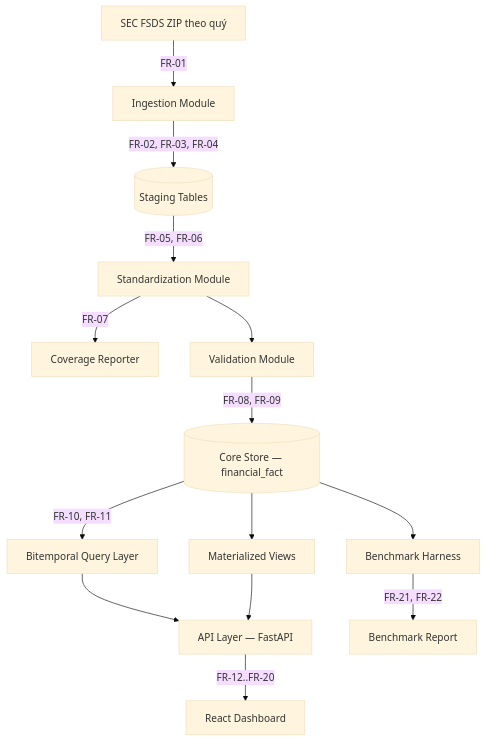
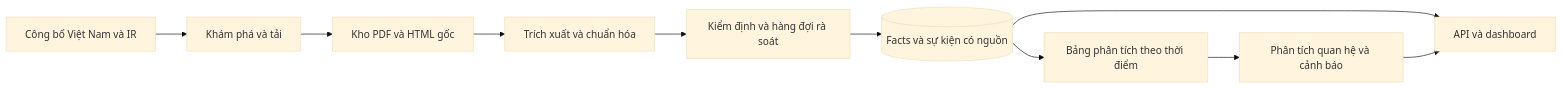
Before and after one commit to tr1tonzzz/financial-platform: the diagram in docs/initial-docs/SDD-FDP-01.md, drawn with Mermaid (base theme). The commit also changed other lines of this file and 241 other files, not shown here.

````diff
--- a/docs/initial-docs/SDD-FDP-01.md
+++ b/docs/initial-docs/SDD-FDP-01.md
@@ -35,16 +13,12 @@
 ```mermaid
-flowchart TD
-    A[SEC FSDS ZIP theo quý] -->|FR-01| B[Ingestion Module]
-    B -->|FR-02, FR-03, FR-04| C[(Staging Tables)]
-    C -->|FR-05, FR-06| D[Standardization Module]
-    D -->|FR-07| E[Coverage Reporter]
-    D --> F[Validation Module]
-    F -->|FR-08, FR-09| G[(Core Store — financial_fact)]
-    G -->|FR-10, FR-11| H[Bitemporal Query Layer]
-    G --> I[Materialized Views]
-    H --> J[API Layer — FastAPI]
-    I --> J
-    J -->|FR-12..FR-20| K[React Dashboard]
-    G --> L[Benchmark Harness]
-    L -->|FR-21, FR-22| M[Benchmark Report]
+flowchart LR
+    A[Công bố Việt Nam và IR] --> B[Khám phá và tải]
+    B --> C[Kho PDF và HTML gốc]
+    C --> D[Trích xuất và chuẩn hóa]
+    D --> E[Kiểm định và hàng đợi rà soát]
+    E --> F[(Facts và sự kiện có nguồn)]
+    F --> G[Bảng phân tích theo thời điểm]
+    G --> H[Phân tích quan hệ và cảnh báo]
+    F --> I[API và dashboard]
+    H --> I
 ```
````
